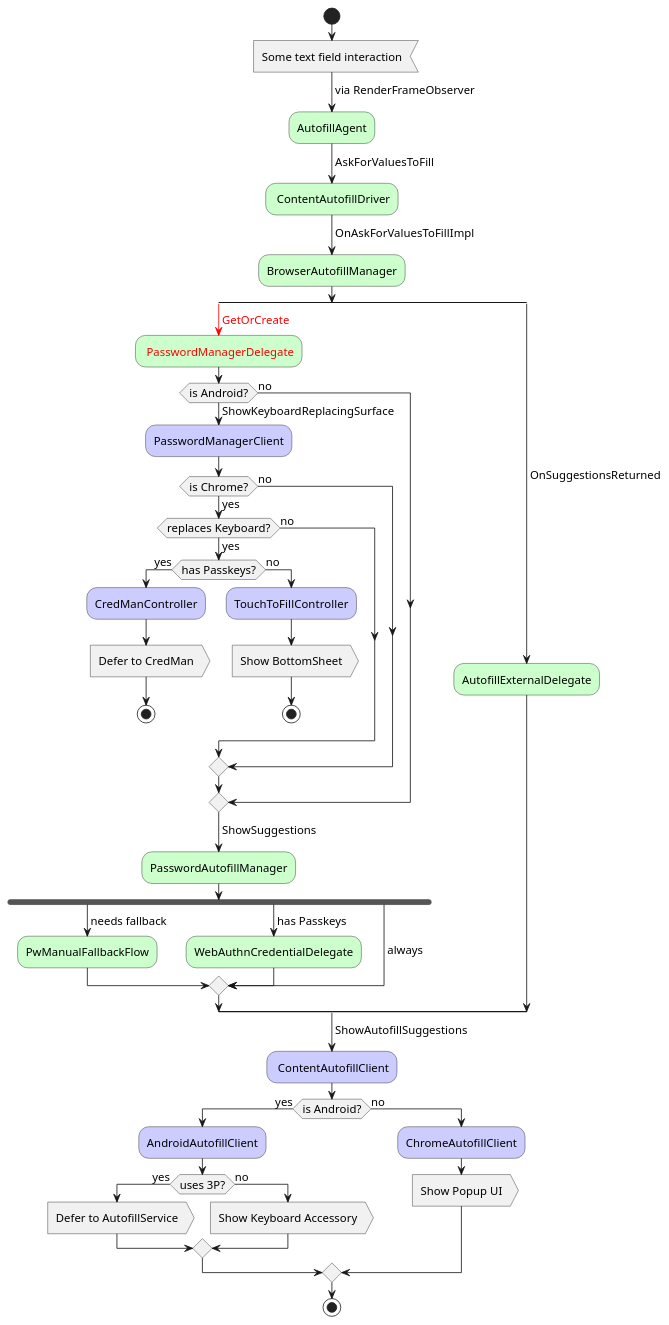
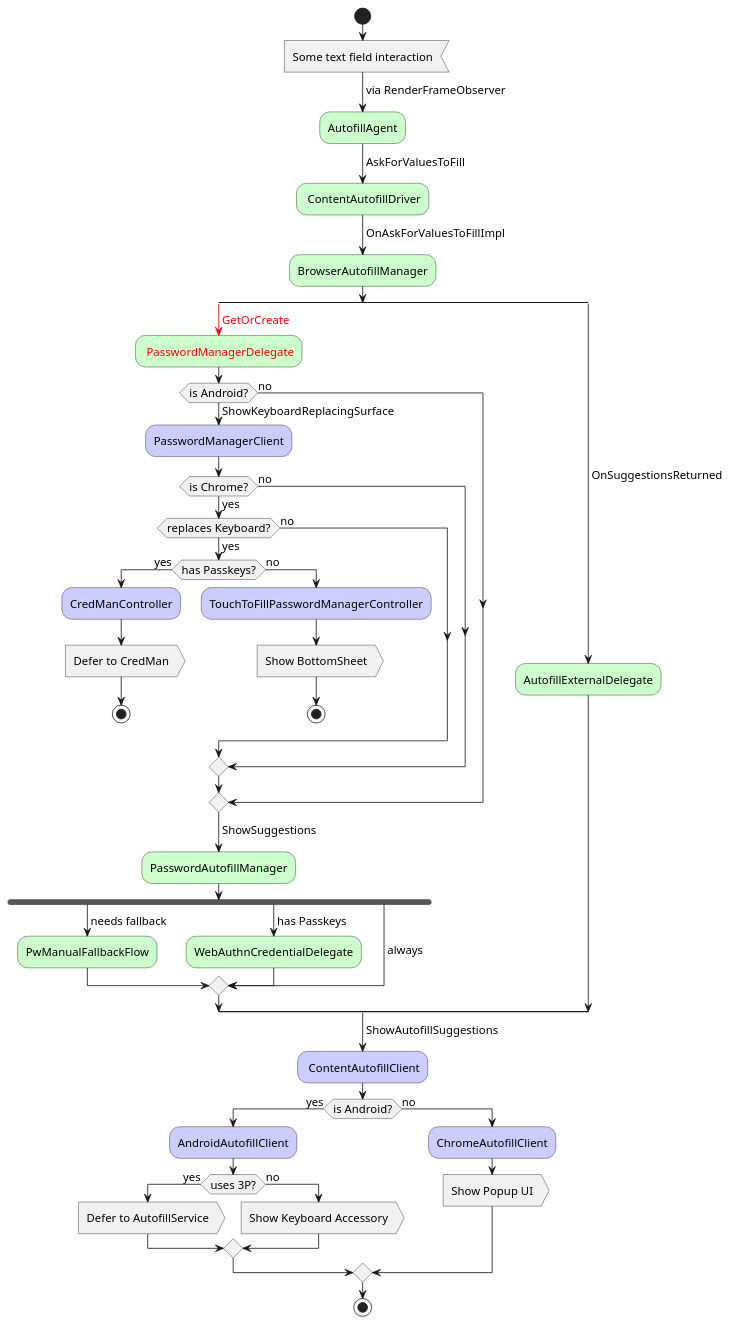
The diagram in components/autofill/core/browser/integrators/README_obj_suggestions.plantuml (benji-cannot-code/fast-vc-chromium-benchmark-run-4), drawn with PlantUML before and after one commit. The commit also changed 21 other files, not shown here.

First line of the commit message:
Rename TouchToFillController to TouchToFillPasswordManagerController

```diff
--- a/components/autofill/core/browser/integrators/README_obj_suggestions.plantuml
+++ b/components/autofill/core/browser/integrators/README_obj_suggestions.plantuml
@@ -14,76 +14,76 @@
 @startuml
 !pragma useVerticalIf on
 start
 <style>
 document {
    BackgroundColor transparent
 }
 activityDiagram {
   FontSize 14
   FontName arial
 }
 skinparam ConditionEndStyle hline
 </style>
 
 :Some text field interaction; <<input>>
 -> via RenderFrameObserver;
 #CFC:AutofillAgent;
 -> AskForValuesToFill;
 #CFC: ContentAutofillDriver;
 -> OnAskForValuesToFillImpl;
 #CFC:BrowserAutofillManager;
 split
   -[#F00]-> <color:red>GetOrCreate;
   #CFC: <color:red>PasswordManagerDelegate;
   if (is Android?) then (no)
   else (yes)
     -> ShowKeyboardReplacingSurface;
     #CCF:PasswordManagerClient;
     if (is Chrome?) then (yes)
       if (replaces Keyboard?) then (no)
       else (yes)
         if (has Passkeys?) then (yes)
           #CCF:CredManController;
           :Defer to CredMan; <<output>>
           stop
         else (no)
-          #CCF:TouchToFillController;
+          #CCF:TouchToFillPasswordManagerController;
           :Show BottomSheet; <<output>>
           stop
         endif
       endif
     else (no)
     endif
   endif
   -> ShowSuggestions;
   #CFC:PasswordAutofillManager;
   fork
     -> needs fallback;
     #CFC:PwManualFallbackFlow;
   fork again
     -> has Passkeys;
     #CFC:WebAuthnCredentialDelegate;
   fork again
     -> always;
   end merge
 split again
 -> OnSuggestionsReturned;
 #CFC:AutofillExternalDelegate;
 end split
 -> ShowAutofillSuggestions;
 #CCF: ContentAutofillClient;
 
 if (is Android?) then (yes)
   #CCF:AndroidAutofillClient;
   if (uses 3P?) then (yes)
     :Defer to AutofillService; <<output>>
   else (no)
     :Show Keyboard Accessory; <<output>>
   endif
 else (no)
   #CCF:ChromeAutofillClient;
   :Show Popup UI; <<output>>
 endif
 
 stop
 @enduml
```
